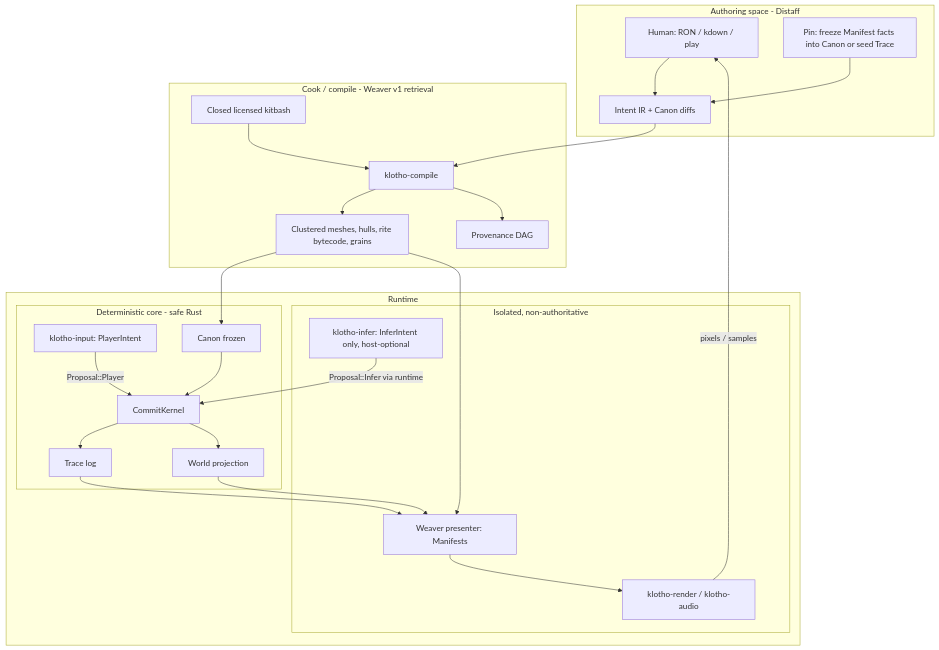
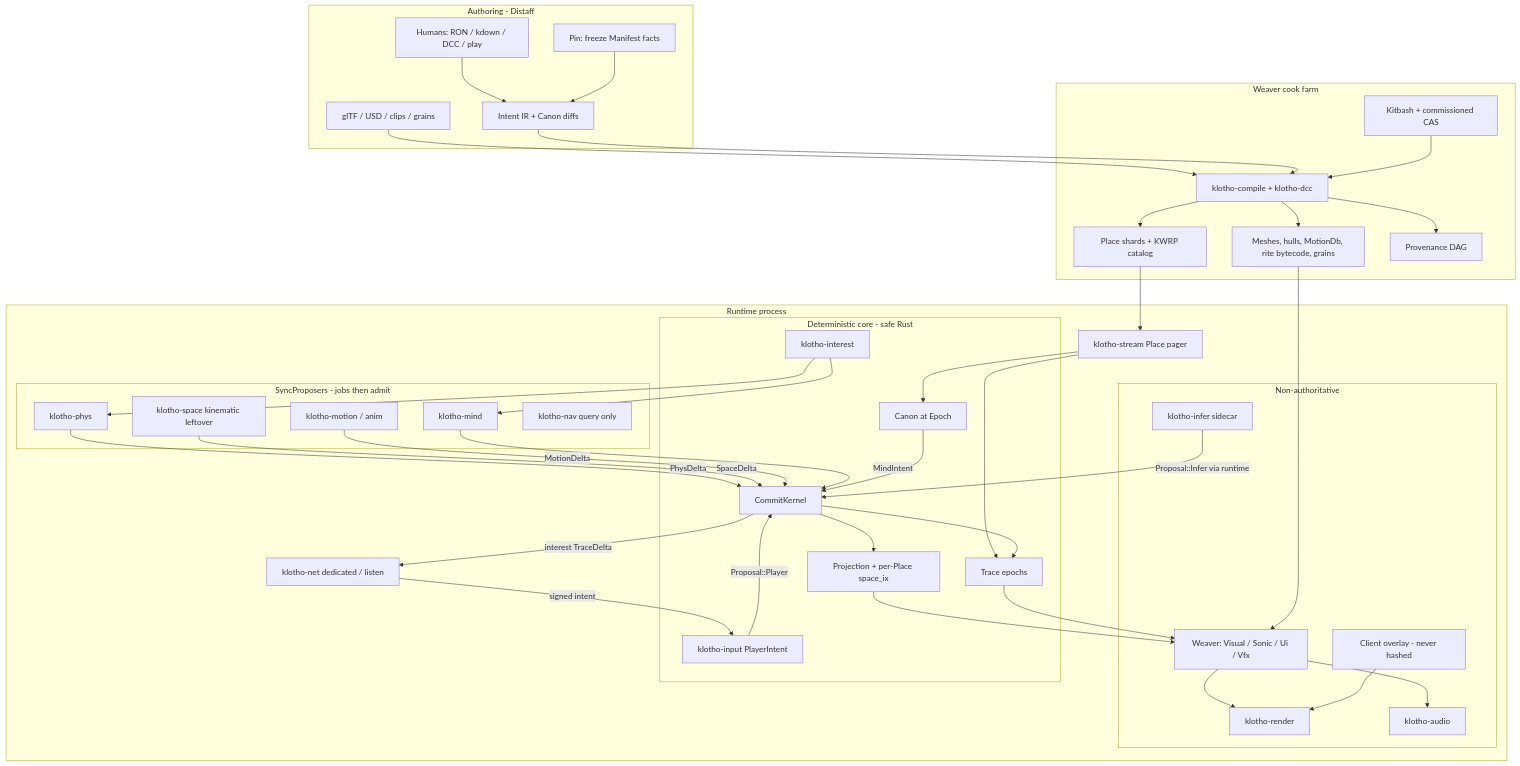
The first of 7 diagrams in docs/hld.md (galkatz373/klotho), drawn with Mermaid before and after one commit. The commit also changed other lines of this file and 4 other files, not shown here.

````diff
--- a/docs/hld.md
+++ b/docs/hld.md
@@ -195,48 +301,75 @@
 ```mermaid
 flowchart TB
-  subgraph authorspace [Authoring space - Distaff]
-    Human[Human: RON / kdown / play]
+  subgraph authorspace [Authoring - Distaff]
+    Human[Humans: RON / kdown / DCC / play]
     IR[Intent IR + Canon diffs]
-    Pin[Pin: freeze Manifest facts into Canon or seed Trace]
+    DCC[glTF / USD / clips / grains]
+    Pin[Pin: freeze Manifest facts]
   end
 
-  subgraph cook [Cook / compile - Weaver v1 retrieval]
-    Compile[klotho-compile]
-    Kit[Closed licensed kitbash]
-    Artifacts[Clustered meshes, hulls, rite bytecode, grains]
+  subgraph cook [Weaver cook farm]
+    Compile[klotho-compile + klotho-dcc]
+    Kit[Kitbash + commissioned CAS]
+    Artifacts[Meshes, hulls, MotionDb, rite bytecode, grains]
+    Shards[Place shards + KWRP catalog]
     Prov[Provenance DAG]
   end
 
-  subgraph runtime [Runtime]
-    subgraph isolated [Isolated, non-authoritative]
-      Infer[klotho-infer: InferIntent only, host-optional]
-      Present[Weaver presenter: Manifests]
-      GPU[klotho-render / klotho-audio]
+  subgraph runtime [Runtime process]
+    subgraph isolated [Non-authoritative]
+      Infer[klotho-infer sidecar]
+      Present[Weaver: Visual / Sonic / Ui / Vfx]
+      GPU[klotho-render]
+      AUD[klotho-audio]
+      Overlay[Client overlay - never hashed]
     end
     subgraph kernel [Deterministic core - safe Rust]
-      Input[klotho-input: PlayerIntent]
+      Input[klotho-input PlayerIntent]
+      Interest[klotho-interest]
       Commit[CommitKernel]
-      Canon[Canon frozen]
-      Trace[Trace log]
-      View[World projection]
+      Canon[Canon at Epoch]
+      Trace[Trace epochs]
+      View[Projection + per-Place space_ix]
     end
+    subgraph proposers [SyncProposers - jobs then admit]
+      Phys[klotho-phys]
+      Space[klotho-space kinematic leftover]
+      Motion[klotho-motion / anim]
+      Mind[klotho-mind]
+      Nav[klotho-nav query only]
+    end
+    Stream[klotho-stream Place pager]
+    Net[klotho-net dedicated / listen]
   end
 
   Human --> IR
+  DCC --> Compile
   IR --> Compile
   Kit --> Compile
+  Pin --> IR
   Compile --> Artifacts
+  Compile --> Shards
   Compile --> Prov
-  Pin --> IR
-  Artifacts --> Canon
   Artifacts --> Present
+  Shards --> Stream
+  Stream --> Canon
+  Stream --> Trace
   Input -->|Proposal::Player| Commit
   Infer -->|Proposal::Infer via runtime| Commit
+  Interest --> Phys
+  Interest --> Mind
+  Phys -->|PhysDelta| Commit
+  Space -->|SpaceDelta| Commit
+  Motion -->|MotionDelta| Commit
+  Mind -->|MindIntent| Commit
   Canon --> Commit
   Commit --> Trace
   Commit --> View
+  View --> Present
   Trace --> Present
-  View --> Present
   Present --> GPU
-  GPU -->|pixels / samples| Human
+  Present --> AUD
+  Net -->|signed intent| Input
+  Commit -->|interest TraceDelta| Net
+  Overlay --> GPU
 ```
````
